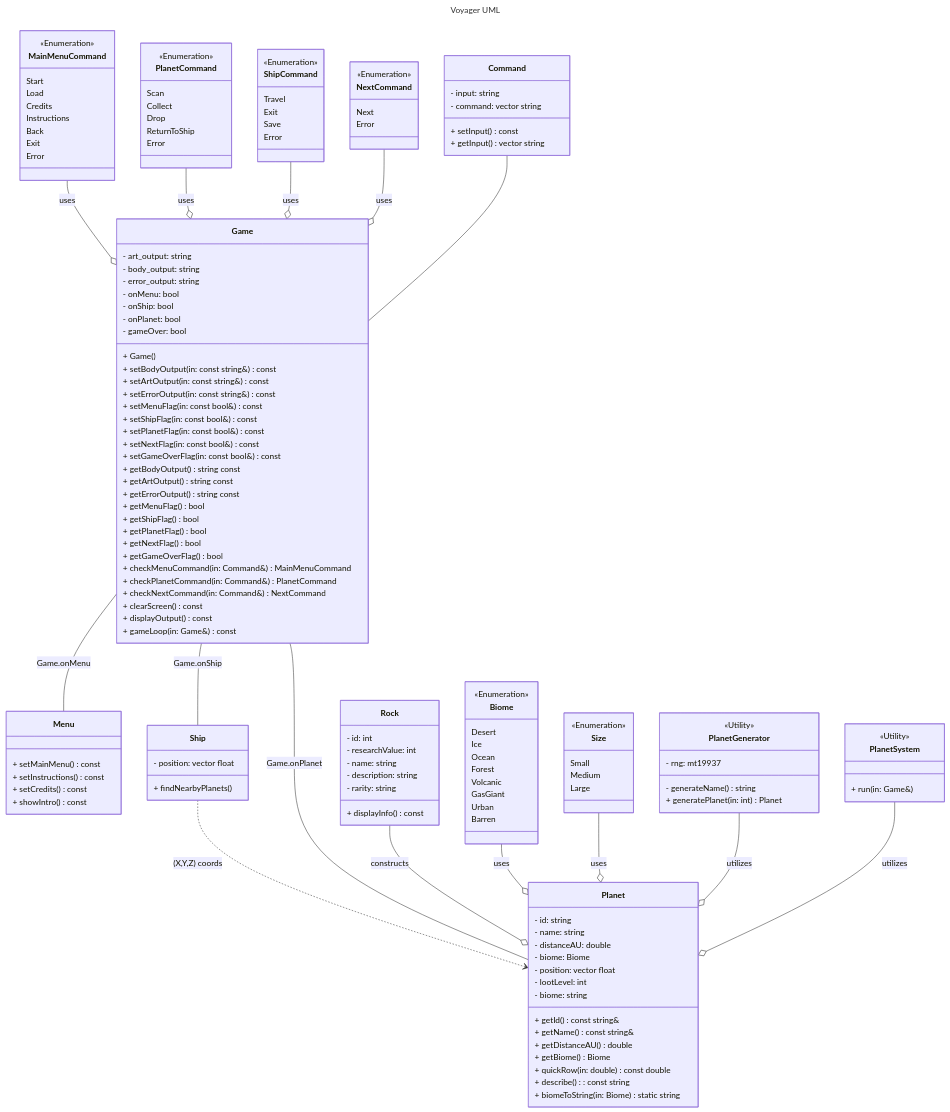
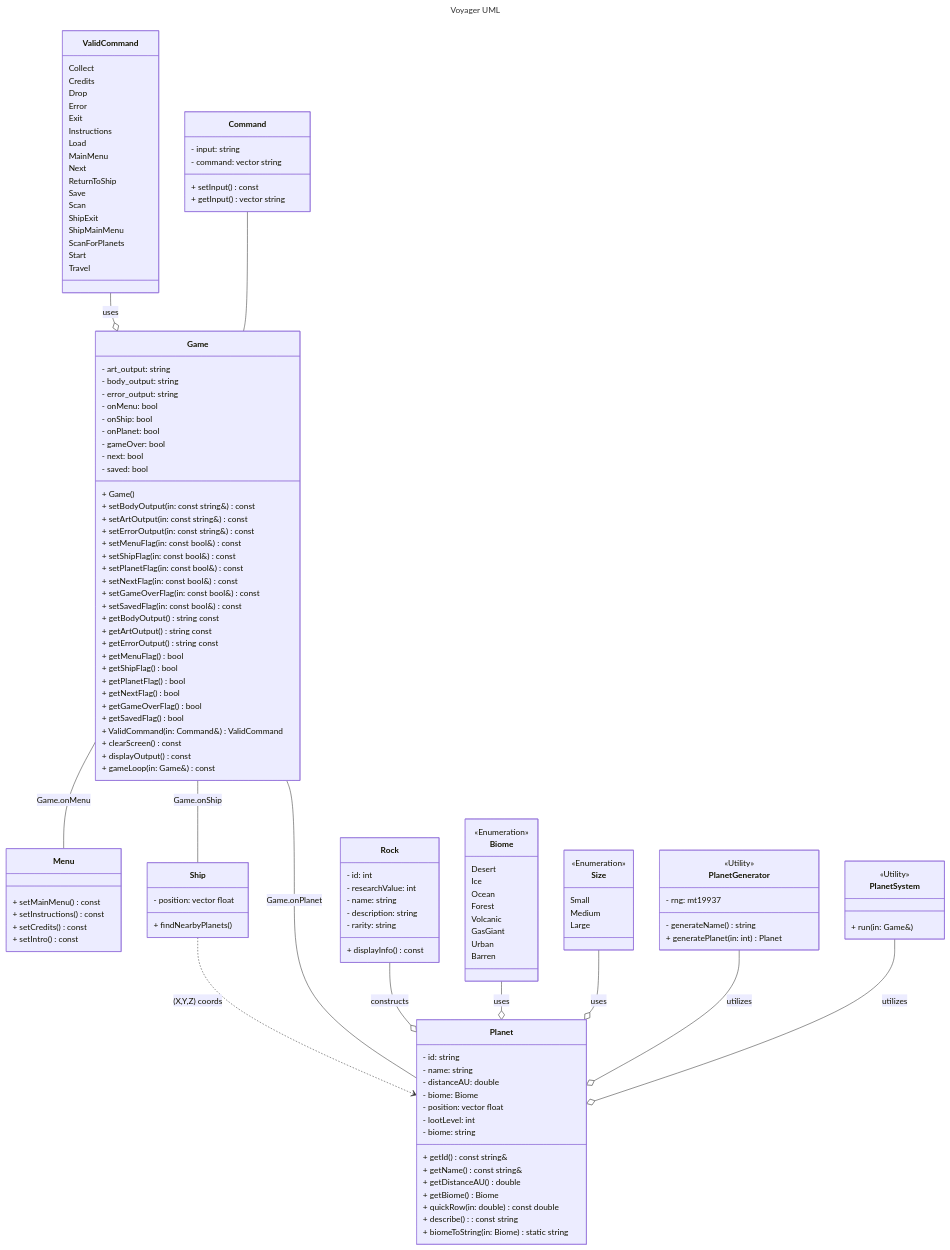
The diagram in UML/UML.md (JSyv05/Voyager), drawn with Mermaid before and after one commit. The commit also changed 3 other files, not shown here.

```diff
--- a/UML/UML.md
+++ b/UML/UML.md
@@ -3,10 +3,7 @@
 title: Voyager UML
 ---
 classDiagram
-	MainMenuCommand --o Game : uses
-	PlanetCommand --o Game : uses
-	ShipCommand --o Game : uses
-	NextCommand --o Game : uses
+	ValidCommand --o Game : uses
 	Command -- Game
 	Game -- Menu : Game.onMenu
 	Game -- Ship : Game.onShip
@@ -27,6 +24,8 @@
 	    - onShip: bool
 	    - onPlanet: bool
 		- gameOver: bool
+		- next: bool
+		- saved: bool
 	    + Game()
 
 	    + setBodyOutput(in: const string&) const
@@ -37,6 +36,7 @@
 		+ setPlanetFlag(in: const bool&) const
 		+ setNextFlag(in: const bool&) const
 		+ setGameOverFlag(in: const bool&) const
+		+ setSavedFlag(in: const bool&) const
 	    + getBodyOutput() string const
 	    + getArtOutput() string const
 	    + getErrorOutput() string const
@@ -45,9 +45,8 @@
 		+ getPlanetFlag() bool
 		+ getNextFlag() bool
 		+ getGameOverFlag() bool
-		+ checkMenuCommand(in: Command&) MainMenuCommand
-		+ checkPlanetCommand(in: Command&) PlanetCommand
-		+ checkNextCommand(in: Command&) NextCommand
+		+ getSavedFlag() bool
+		+ ValidCommand(in: Command&) ValidCommand
 		+ clearScreen() const
 		+ displayOutput() const
 	    + gameLoop(in: Game&) const
@@ -64,7 +63,7 @@
 		+ setMainMenu() const
 		+ setInstructions() const
 		+ setCredits() const
-		+ showIntro() const
+		+ setIntro() const
 	}
 
 	class Ship {
@@ -97,35 +96,24 @@
 		- rarity: string
 		+ displayInfo() const
 	}
-	class MainMenuCommand{
-		<<Enumeration>>
-		Start
-		Load
-		Credits
-		Instructions
-		Back
-		Exit
-		Error
-	}
-	class PlanetCommand{
-		<<Enumeration>>
-		Scan
+	class ValidCommand {
 		Collect
-		Drop
-		ReturnToShip
-		Error
-	}
-	class ShipCommand{
-		<<Enumeration>>
-		Travel
-		Exit
-		Save
-		Error
-	}
-	class NextCommand{
-		<<Enumeration>>
-		Next
-		Error
+        Credits
+        Drop
+        Error
+        Exit
+        Instructions
+        Load
+        MainMenu
+        Next
+        ReturnToShip
+        Save
+        Scan
+        ShipExit
+        ShipMainMenu
+        ScanForPlanets
+        Start
+        Travel
 	}
 	class Biome{
 		<<Enumeration>>
```
